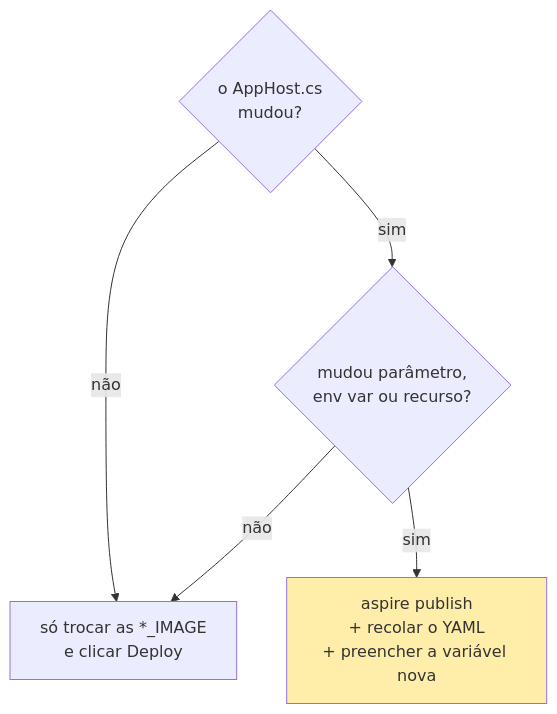
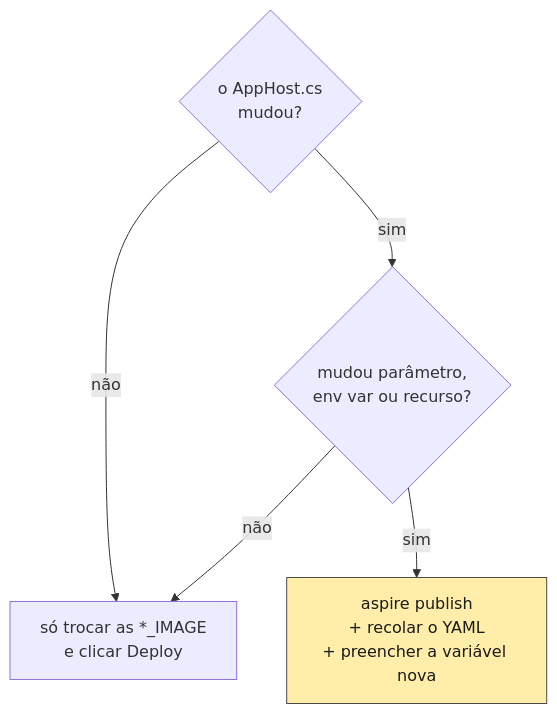
The seventh of 9 diagrams in Docs/fluxo-de-entrega.md (procfit/MLDemandForcastPOC), drawn with Mermaid before and after one commit. The commit also changed other lines of this file, not shown here.

First line of the commit message:
fix(docs): pin label color on the styled diagram nodes

````diff
--- a/Docs/fluxo-de-entrega.md
+++ b/Docs/fluxo-de-entrega.md
@@ -201,10 +201,10 @@
 ```mermaid
 flowchart TB
     Q1{"o AppHost.cs<br/>mudou?"}
     Q1 -->|não| SO["só trocar as *_IMAGE<br/>e clicar Deploy"]
     Q1 -->|sim| Q2{"mudou parâmetro,<br/>env var ou recurso?"}
     Q2 -->|não| SO
     Q2 -->|sim| RE["aspire publish<br/>+ recolar o YAML<br/>+ preencher a variável nova"]
 
-    style RE fill:#fea
+    style RE fill:#fea,stroke:#4a4a4a,color:#1a1a1a
 ```
````
